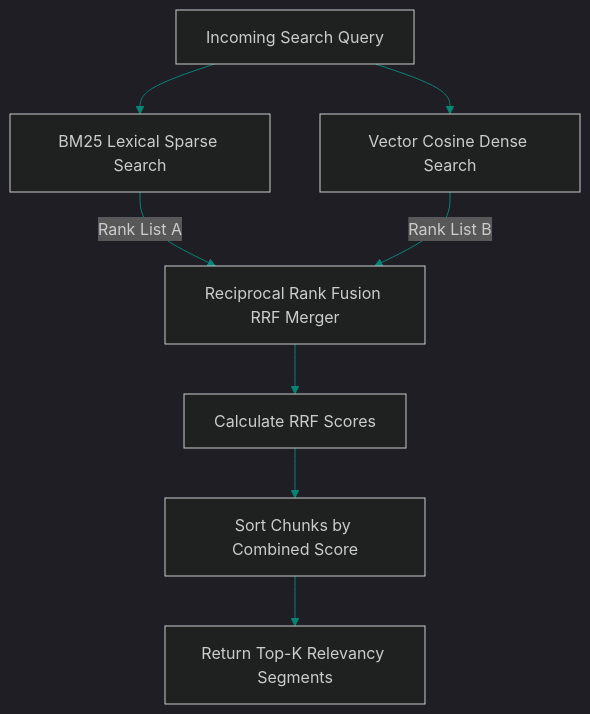
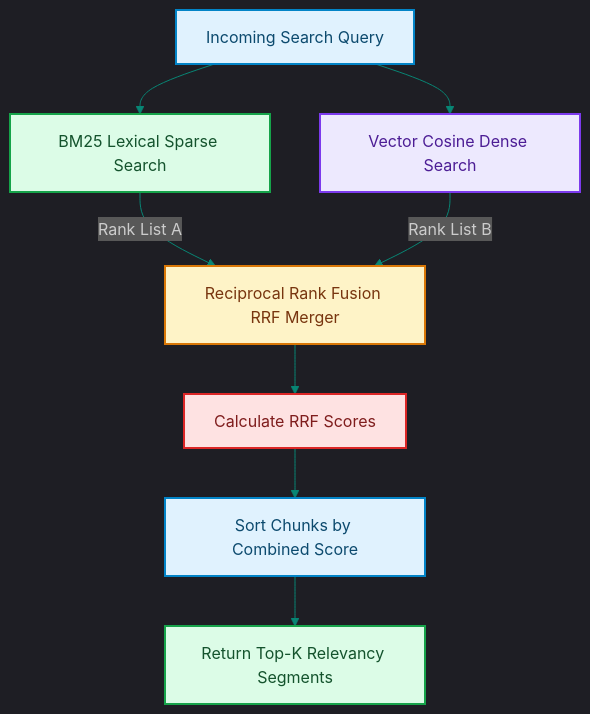
One commit to akmalkhaniub/akmalkhaniub.github.io changed the diagram in blog/posts/rag-hybrid-search-sparse-dense-rrf-ranking.md. Above: the diagram before and after it, drawn with Mermaid. The commit also changed other lines of this file and 1291 other files, not shown here.

First line of the commit message:
feat(catalog): unique covers, scholarly references, and diagram palettes

````diff
--- a/blog/posts/rag-hybrid-search-sparse-dense-rrf-ranking.md
+++ b/blog/posts/rag-hybrid-search-sparse-dense-rrf-ranking.md
@@ -16,13 +16,24 @@
 ```mermaid
 %%{init: {'theme': 'dark', 'themeVariables': { 'primaryColor': '#088574', 'primaryTextColor': '#f3f4f6', 'primaryBorderColor': '#0db49b', 'lineColor': '#088574', 'secondaryColor': '#111827', 'tertiaryColor': '#0b0f19'}}}%%
 flowchart TD
-    Query[Incoming Search Query] --> Sparse[BM25 Lexical Sparse Search]
-    Query --> Dense[Vector Cosine Dense Search]
+    Query["Incoming Search Query"] --> Sparse["BM25 Lexical Sparse Search"]
+    Query --> Dense["Vector Cosine Dense Search"]
     
-    Sparse -->|Rank List A| RRF[Reciprocal Rank Fusion RRF Merger]
+    Sparse -->|Rank List A| RRF["Reciprocal Rank Fusion RRF Merger"]
     Dense -->|Rank List B| RRF
     
-    RRF --> Calc[Calculate RRF Scores]
-    Calc --> Sort[Sort Chunks by Combined Score]
-    Sort --> Return[Return Top-K Relevancy Segments]
+    RRF --> Calc["Calculate RRF Scores"]
+    Calc --> Sort["Sort Chunks by Combined Score"]
+    Sort --> Return["Return Top-K Relevancy Segments"]
+
+classDef green fill:#dcfce7,stroke:#16a34a,stroke-width:2px,color:#14532d;
+classDef red fill:#fee2e2,stroke:#dc2626,stroke-width:2px,color:#7f1d1d;
+classDef blue fill:#e0f2fe,stroke:#0284c7,stroke-width:2px,color:#0c4a6e;
+classDef yellow fill:#fef3c7,stroke:#d97706,stroke-width:2px,color:#78350f;
+classDef purple fill:#ede9fe,stroke:#7c3aed,stroke-width:2px,color:#4c1d95;
+class Query,Sort blue
+class Sparse,Return green
+class Dense purple
+class RRF yellow
+class Calc red
 ```
````
